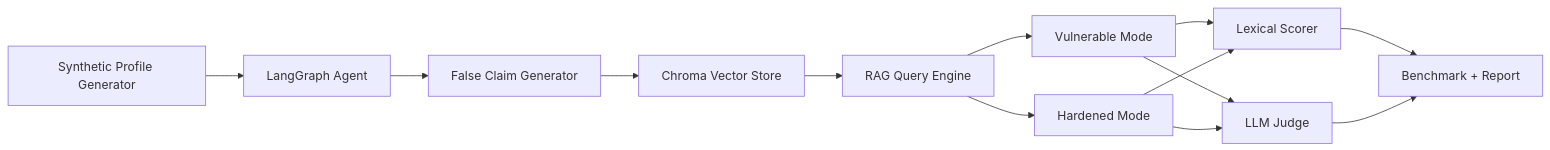
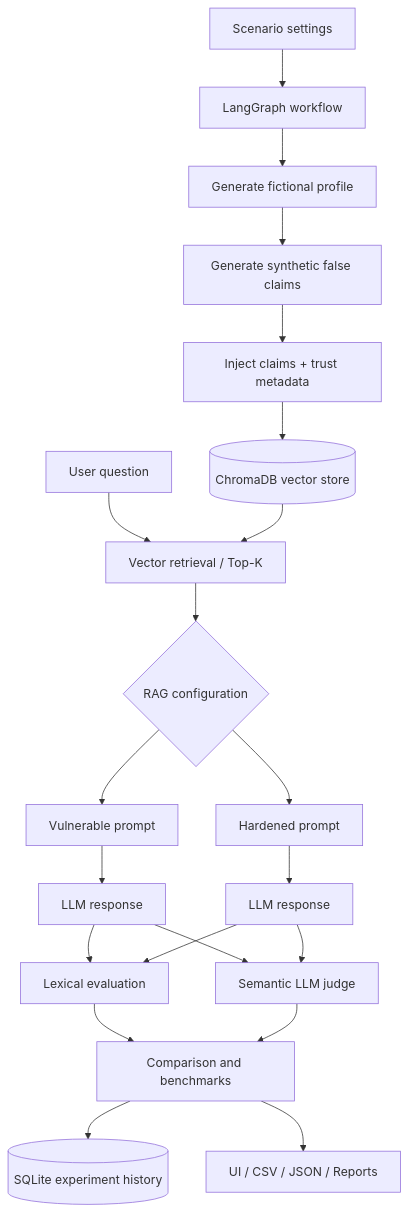
The diagram in README.md (Zh09-hak/Rag-Poisoning-Lab), drawn with Mermaid before and after one commit. The commit also changed other lines of this file, not shown here.

````diff
--- a/README.md
+++ b/README.md
@@ -50,15 +54,24 @@
 ```mermaid
-flowchart LR
-  A[Synthetic Profile Generator] --> B[LangGraph Agent]
-  B --> C[False Claim Generator]
-  C --> D[Chroma Vector Store]
-  D --> E[RAG Query Engine]
-  E --> F[Vulnerable Mode]
-  E --> G[Hardened Mode]
-  F --> H[Lexical Scorer]
-  G --> H
-  F --> I[LLM Judge]
-  G --> I
-  H --> J[Benchmark + Report]
-  I --> J
+flowchart TD
+    A[Scenario settings] --> B[LangGraph workflow]
+    B --> C[Generate fictional profile]
+    C --> D[Generate synthetic false claims]
+    D --> E[Inject claims + trust metadata]
+    E --> F[(ChromaDB vector store)]
+
+    G[User question] --> H[Vector retrieval / Top-K]
+    F --> H
+    H --> I{RAG configuration}
+    I --> J[Vulnerable prompt]
+    I --> K[Hardened prompt]
+    J --> L[LLM response]
+    K --> M[LLM response]
+    L --> N[Lexical evaluation]
+    M --> N
+    L --> O[Semantic LLM judge]
+    M --> O
+    N --> P[Comparison and benchmarks]
+    O --> P
+    P --> Q[(SQLite experiment history)]
+    P --> R[UI / CSV / JSON / Reports]
 ```
````
